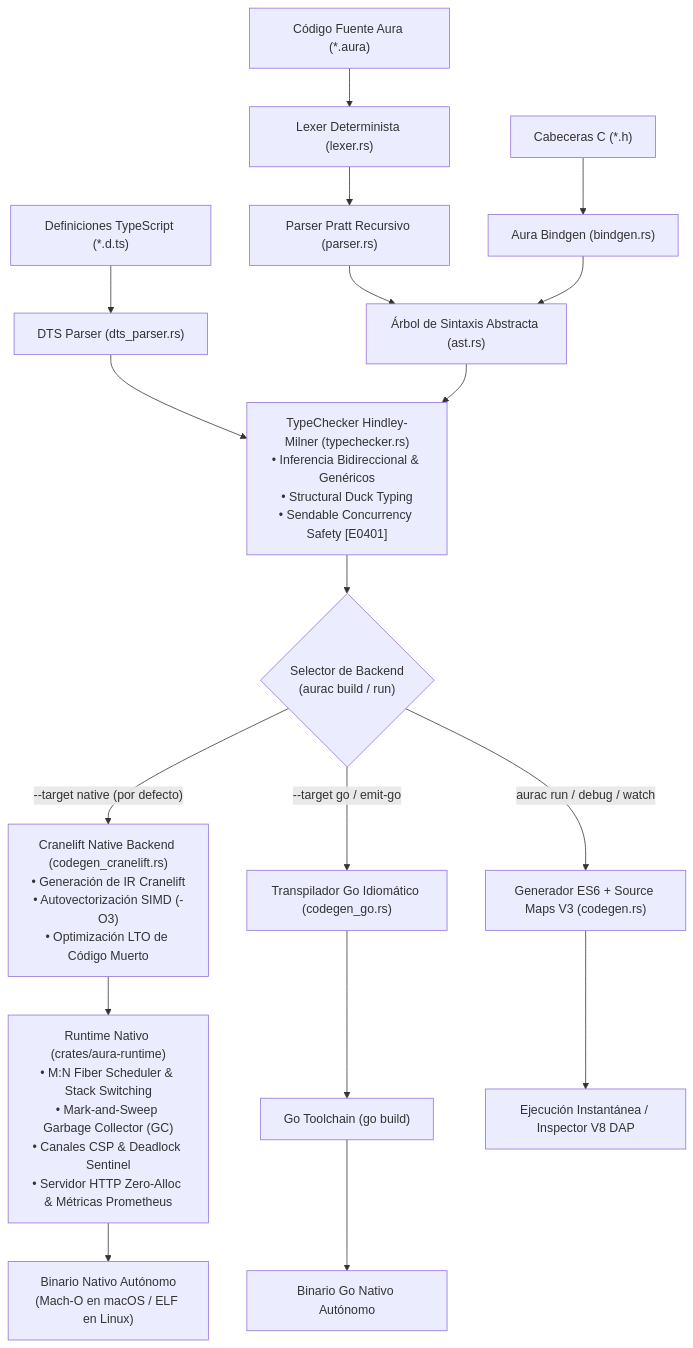
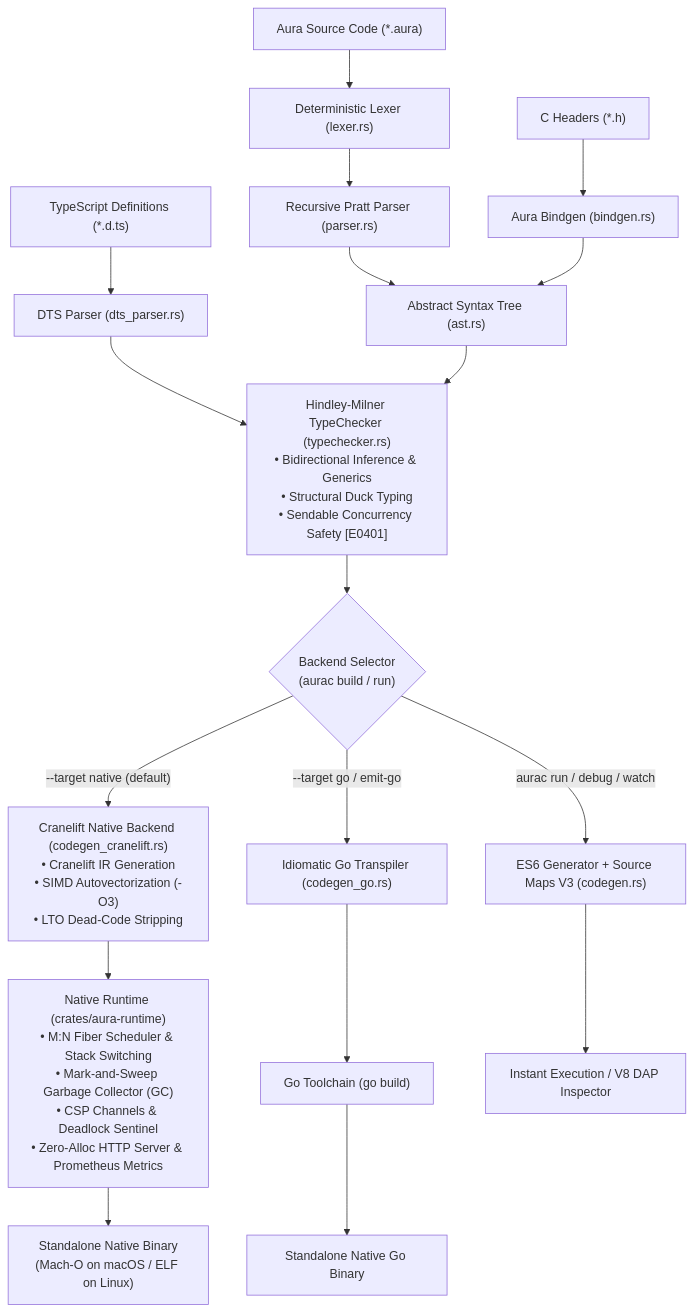
Before and after one commit to aura-lang-developer/aura-lang: the diagram in README.md, drawn with Mermaid. The commit also changed other lines of this file and 22 other files, not shown here.

````diff
--- a/README.md
+++ b/README.md
@@ -253,27 +256,27 @@
 ```mermaid
 flowchart TD
-    Src["Código Fuente Aura (*.aura)"] --> Lex["Lexer Determinista (lexer.rs)"]
-    Lex --> Parse["Parser Pratt Recursivo (parser.rs)"]
-    Parse --> AST["Árbol de Sintaxis Abstracta (ast.rs)"]
+    Src["Aura Source Code (*.aura)"] --> Lex["Deterministic Lexer (lexer.rs)"]
+    Lex --> Parse["Recursive Pratt Parser (parser.rs)"]
+    Parse --> AST["Abstract Syntax Tree (ast.rs)"]
 
-    DTS["Definiciones TypeScript (*.d.ts)"] --> DTSP["DTS Parser (dts_parser.rs)"]
+    DTS["TypeScript Definitions (*.d.ts)"] --> DTSP["DTS Parser (dts_parser.rs)"]
     DTSP --> TC
 
-    HDR["Cabeceras C (*.h)"] --> BGEN["Aura Bindgen (bindgen.rs)"]
+    HDR["C Headers (*.h)"] --> BGEN["Aura Bindgen (bindgen.rs)"]
     BGEN --> AST
 
-    AST --> TC["TypeChecker Hindley-Milner (typechecker.rs)<br/>• Inferencia Bidireccional & Genéricos<br/>• Structural Duck Typing<br/>• Sendable Concurrency Safety [E0401]"]
+    AST --> TC["Hindley-Milner TypeChecker (typechecker.rs)<br/>• Bidirectional Inference & Generics<br/>• Structural Duck Typing<br/>• Sendable Concurrency Safety [E0401]"]
 
-    TC --> BackendMux{"Selector de Backend<br/>(aurac build / run)"}
+    TC --> BackendMux{"Backend Selector<br/>(aurac build / run)"}
 
-    BackendMux -->|"--target native (por defecto)"| CL["Cranelift Native Backend (codegen_cranelift.rs)<br/>• Generación de IR Cranelift<br/>• Autovectorización SIMD (-O3)<br/>• Optimización LTO de Código Muerto"]
-    CL --> Runtime["Runtime Nativo (crates/aura-runtime)<br/>• M:N Fiber Scheduler & Stack Switching<br/>• Mark-and-Sweep Garbage Collector (GC)<br/>• Canales CSP & Deadlock Sentinel<br/>• Servidor HTTP Zero-Alloc & Métricas Prometheus"]
-    Runtime --> BinNative["Binario Nativo Autónomo<br/>(Mach-O en macOS / ELF en Linux)"]
+    BackendMux -->|"--target native (default)"| CL["Cranelift Native Backend (codegen_cranelift.rs)<br/>• Cranelift IR Generation<br/>• SIMD Autovectorization (-O3)<br/>• LTO Dead-Code Stripping"]
+    CL --> Runtime["Native Runtime (crates/aura-runtime)<br/>• M:N Fiber Scheduler & Stack Switching<br/>• Mark-and-Sweep Garbage Collector (GC)<br/>• CSP Channels & Deadlock Sentinel<br/>• Zero-Alloc HTTP Server & Prometheus Metrics"]
+    Runtime --> BinNative["Standalone Native Binary<br/>(Mach-O on macOS / ELF on Linux)"]
 
-    BackendMux -->|"--target go / emit-go"| GoCG["Transpilador Go Idiomático (codegen_go.rs)"]
+    BackendMux -->|"--target go / emit-go"| GoCG["Idiomatic Go Transpiler (codegen_go.rs)"]
     GoCG --> GoTool["Go Toolchain (go build)"]
-    GoTool --> BinGo["Binario Go Nativo Autónomo"]
+    GoTool --> BinGo["Standalone Native Go Binary"]
 
-    BackendMux -->|"aurac run / debug / watch"| NodeCG["Generador ES6 + Source Maps V3 (codegen.rs)"]
-    NodeCG --> NodeRuntime["Ejecución Instantánea / Inspector V8 DAP"]
+    BackendMux -->|"aurac run / debug / watch"| NodeCG["ES6 Generator + Source Maps V3 (codegen.rs)"]
+    NodeCG --> NodeRuntime["Instant Execution / V8 DAP Inspector"]
 ```
````
